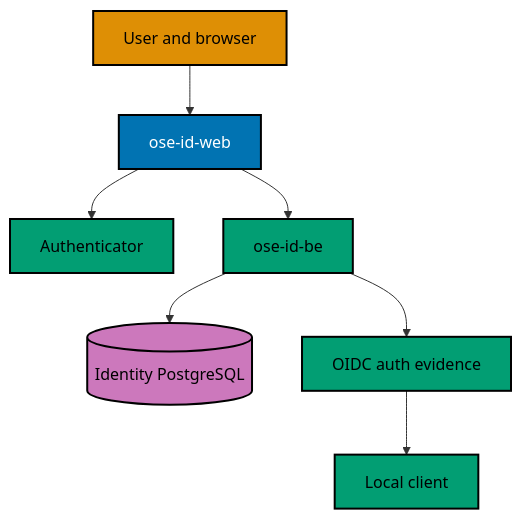
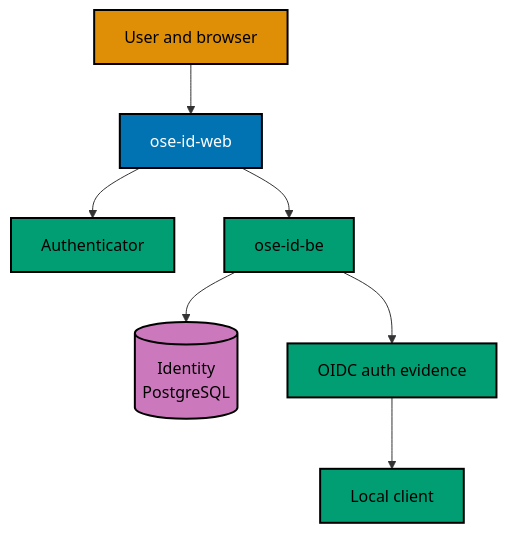
One commit to wahidyankf/ose-public changed the diagram in plans/backlog/ose-id-init-06-passkeys-and-mfa/tech-docs/README.md. Above: the diagram before and after it, drawn with Mermaid. The commit also changed 220 other files, not shown here.

First line of the commit message:
docs: split mermaid labels to 20 graphemes and add palette defaults

````diff
--- a/plans/backlog/ose-id-init-06-passkeys-and-mfa/tech-docs/README.md
+++ b/plans/backlog/ose-id-init-06-passkeys-and-mfa/tech-docs/README.md
@@ -20,21 +20,22 @@
 ```mermaid
 %% Color Palette: Blue #0173B2, Orange #DE8F05, Teal #029E73, Purple #CC78BC
 flowchart TD
   accTitle: Init 06 authenticator architecture
   accDescr: A user operates OSE ID web, which calls the C sharp backend. The backend persists public passkey credentials, protected TOTP state, hashed recovery-code verifiers, and shared challenges in PostgreSQL. A browser authenticator keeps each passkey private key.
   U["User and browser"] --> W["ose-id-web"]
   W --> A["Authenticator"]
   W --> B["ose-id-be"]
-  B --> P[("Identity PostgreSQL")]
+  B --> P[("Identity<br/>PostgreSQL")]
   B --> O["OIDC auth evidence"]
   O --> C["Local client"]
 
   classDef actor fill:#DE8F05,stroke:#000000,color:#000000,stroke-width:2px
   classDef web fill:#0173B2,stroke:#000000,color:#FFFFFF,stroke-width:2px
   classDef service fill:#029E73,stroke:#000000,color:#000000,stroke-width:2px
   classDef store fill:#CC78BC,stroke:#000000,color:#000000,stroke-width:2px
   class U actor
   class W web
   class A,B,O,C service
   class P store
+  classDef default fill:#FFFFFF,stroke:#000000,color:#000000
 ```
````
